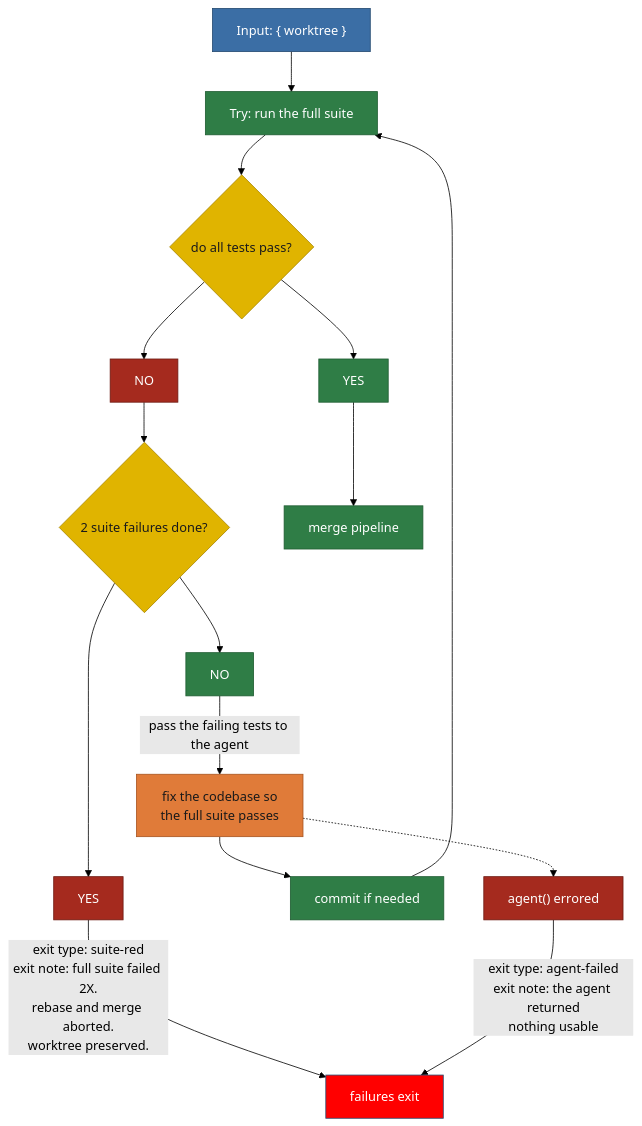
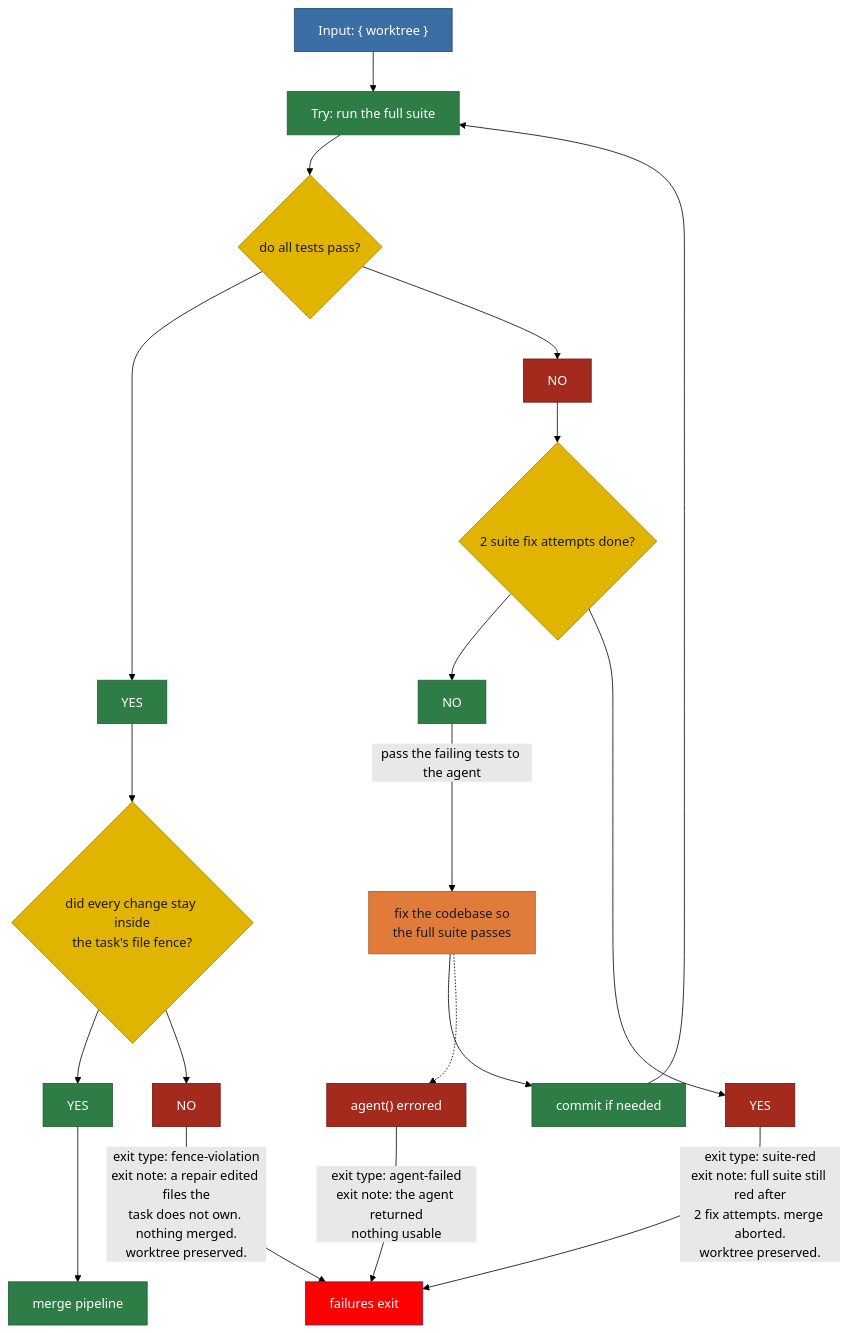
Before and after one commit to matkatmusic/taskTools: the diagram in plans/diagram/pipeline-suite.mmd, drawn with Mermaid (forest theme). The commit also changed 9 other files, not shown here.

Commit message:
updated pipeline diagrams after codex review #1

```diff
--- a/plans/diagram/pipeline-suite.mmd
+++ b/plans/diagram/pipeline-suite.mmd
@@ -1,68 +1,89 @@
 flowchart TB
 %% FULL SUITE PIPELINE. Split from pipeline-rebaseMerge.mmd.
 %% Input: a rebased worktree from the rebase pipeline, with the source repo lock
 %% already held by the rebase preamble pipeline.
 %% One job: get the whole test suite green on top of the target branch.
 %% Starts at "run the full suite". Ends green, or with an exit.
 %% Rules that apply everywhere, not steps:
 %%   1. Every git interaction goes through a script. Never prose.
 %%   2. "fix the codebase so the full suite passes" edits source, not tests.
 %%   3. Never progress past a suite run until every test passes.
 %%   4. A repair is never tested until it is committed, so the cycle always runs
 %%      fix -> commit -> run, never fix -> run.
 %%   5. "commit if needed" commits nothing when the worktree is clean.
 %%   6. Every box that touches the working tree operates on every repository
 %%      layer, deepest submodule first, root last.
 %%   7. The source repo lock is already held and stays held until the exit
-%%      workflow releases it. Every box here refreshes its heartbeat.
-%%   8. A script that fails operationally, as opposed to returning a verdict,
+%%      workflow releases it. Every box here refreshes its heartbeat on entry.
+%%      KNOWN CEILING: the lock goes stale after 15 minutes, and the refresh is one
+%%      call per box, not a background timer. A single full-suite run or a single
+%%      agent repair can itself take longer than 15 minutes, and nothing refreshes
+%%      the lock while it does. See sourceRepoLock.ts: there is no setInterval.
+%%      Upgrade path if this is ever observed: a periodic heartbeat that runs for as
+%%      long as the box does. Until then, keep the boxes short.
+%%   8. The suite fixer edits source, so its edits are subject to the same file
+%%      ownership fence as the implementor's. The fence is checked once, after the
+%%      loop ends and before the merge, so it covers every fix attempt at once.
+%%      The check re-derives the diff itself; it never trusts what an agent says it
+%%      changed. See checkTaskFileFence.ts.
+%%   9. Counter scope, for every counter in this pipeline: it counts FIX ATTEMPTS,
+%%      not failing runs, and it lives for this invocation only. 2 fix attempts means
+%%      up to 3 suite runs. It is not written to tasks.json, so a new invocation
+%%      starts at zero. A merge-triggered rebase re-enters this pipeline and does
+%%      NOT reset it: the fixes it already spent still count.
+%%  10. A script that fails operationally, as opposed to returning a verdict,
 %%      exits the run as run-failed. The task is already active and a worktree
 %%      already exists here, so the exit workflow always runs in full.
 %% Exit types this pipeline can produce:
 %%   agent-failed       - an agent returned nothing usable
-%%   suite-red          - full suite still failing after 2 fix attempts
+%%   suite-red          - full suite still red after 2 fix attempts
+%%   fence-violation    - a repair edited files the task does not own
 %%   run-failed         - a script failed operationally
 %% run-failed is deliberately not drawn as an edge out of every box. It can leave
 %% ANY green box, so drawing it would add one edge per box and hide the flow.
 %% The suite-red exit leaves the worktree in place. The work is committed, so the
 %% next invocation of this task picks it up.
 %% The green worktree this pipeline emits is the input to the merge pipeline.
 
   REBASED_WORKTREE_INPUT["Input: { worktree }"] --> RUN_FULL_SUITE
   RUN_FULL_SUITE["Try: run the full suite"] --> DO_ALL_TESTS_PASS{"do all tests pass?"}
   DO_ALL_TESTS_PASS --> DO_ALL_TESTS_PASS_YES["YES"]
   DO_ALL_TESTS_PASS --> DO_ALL_TESTS_PASS_NO["NO"]
 
-  DO_ALL_TESTS_PASS_NO --> ARE_2_SUITE_FAILURES_DONE{"2 suite failures done?"}
-  ARE_2_SUITE_FAILURES_DONE --> ARE_2_SUITE_FAILURES_DONE_NO["NO"]
-  ARE_2_SUITE_FAILURES_DONE --> ARE_2_SUITE_FAILURES_DONE_YES["YES"]
-  ARE_2_SUITE_FAILURES_DONE_NO -- "pass the failing tests to the agent" --> FIX_THE_CODEBASE_FOR_SUITE["fix the codebase so<br/>the full suite passes"]
+  DO_ALL_TESTS_PASS_NO --> ARE_2_SUITE_FIXES_DONE{"2 suite fix attempts done?"}
+  ARE_2_SUITE_FIXES_DONE --> ARE_2_SUITE_FIXES_DONE_NO["NO"]
+  ARE_2_SUITE_FIXES_DONE --> ARE_2_SUITE_FIXES_DONE_YES["YES"]
+  ARE_2_SUITE_FIXES_DONE_NO -- "pass the failing tests to the agent" --> FIX_THE_CODEBASE_FOR_SUITE["fix the codebase so<br/>the full suite passes"]
   FIX_THE_CODEBASE_FOR_SUITE --> COMMIT_IF_NEEDED["commit if needed"]
   COMMIT_IF_NEEDED --> RUN_FULL_SUITE
-  ARE_2_SUITE_FAILURES_DONE_YES -- "exit type: suite-red<br/>exit note: full suite failed 2X.<br/>rebase and merge aborted.<br/>worktree preserved." --> EXIT_WORKFLOW
+  ARE_2_SUITE_FIXES_DONE_YES -- "exit type: suite-red<br/>exit note: full suite still red after<br/>2 fix attempts. merge aborted.<br/>worktree preserved." --> EXIT_WORKFLOW
 
-  DO_ALL_TESTS_PASS_YES --> MERGE_PIPELINE["merge pipeline"]
+  DO_ALL_TESTS_PASS_YES --> DID_CHANGES_STAY_INSIDE_FENCE{"did every change stay inside<br/>the task's file fence?"}
+  DID_CHANGES_STAY_INSIDE_FENCE --> DID_CHANGES_STAY_INSIDE_FENCE_YES["YES"]
+  DID_CHANGES_STAY_INSIDE_FENCE --> DID_CHANGES_STAY_INSIDE_FENCE_NO["NO"]
+  DID_CHANGES_STAY_INSIDE_FENCE_YES --> MERGE_PIPELINE["merge pipeline"]
+  DID_CHANGES_STAY_INSIDE_FENCE_NO -- "exit type: fence-violation<br/>exit note: a repair edited files the<br/>task does not own. nothing merged.<br/>worktree preserved." --> EXIT_WORKFLOW
 
   FIX_THE_CODEBASE_FOR_SUITE -.-> AGENT_ERRORED["agent() errored"] -- "exit type: agent-failed<br/>exit note: the agent returned<br/>nothing usable" --> EXIT_WORKFLOW
 
   EXIT_WORKFLOW["failures exit"]
 
   %% pass/nopass: green is the branch that keeps heading for the next pipeline,
   %% red is the branch that goes back round the cycle or ends in the exit workflow.
   classDef pipeline fill:#2f7d46,stroke:#1e5c31,color:#ffffff
   classDef script fill:#2f7d46,stroke:#1e5c31,color:#ffffff
   classDef agent fill:#e07b39,stroke:#a8541f,color:#1a1a1a
   classDef decision fill:#e0b400,stroke:#a88600,color:#1a1a1a
   classDef output fill:#3b6ea5,stroke:#254a70,color:#ffffff
   classDef fail fill:red,stroke:#254a70,color:#ffffff
   classDef pass fill:#2f7d46,stroke:#1e5c31,color:#ffffff
   classDef nopass fill:#a52a1e,stroke:#6d1a12,color:#ffffff
-  class DO_ALL_TESTS_PASS,ARE_2_SUITE_FAILURES_DONE decision
+  class DO_ALL_TESTS_PASS,ARE_2_SUITE_FIXES_DONE,DID_CHANGES_STAY_INSIDE_FENCE decision
   class RUN_FULL_SUITE,COMMIT_IF_NEEDED script
   class FIX_THE_CODEBASE_FOR_SUITE agent
   class MERGE_PIPELINE pipeline
-  class DO_ALL_TESTS_PASS_YES,ARE_2_SUITE_FAILURES_DONE_NO pass
-  class DO_ALL_TESTS_PASS_NO,ARE_2_SUITE_FAILURES_DONE_YES nopass
+  class DO_ALL_TESTS_PASS_YES,ARE_2_SUITE_FIXES_DONE_NO,DID_CHANGES_STAY_INSIDE_FENCE_YES pass
+  class DO_ALL_TESTS_PASS_NO,ARE_2_SUITE_FIXES_DONE_YES,DID_CHANGES_STAY_INSIDE_FENCE_NO nopass
   class AGENT_ERRORED nopass
   class EXIT_WORKFLOW fail
   class REBASED_WORKTREE_INPUT output
```
